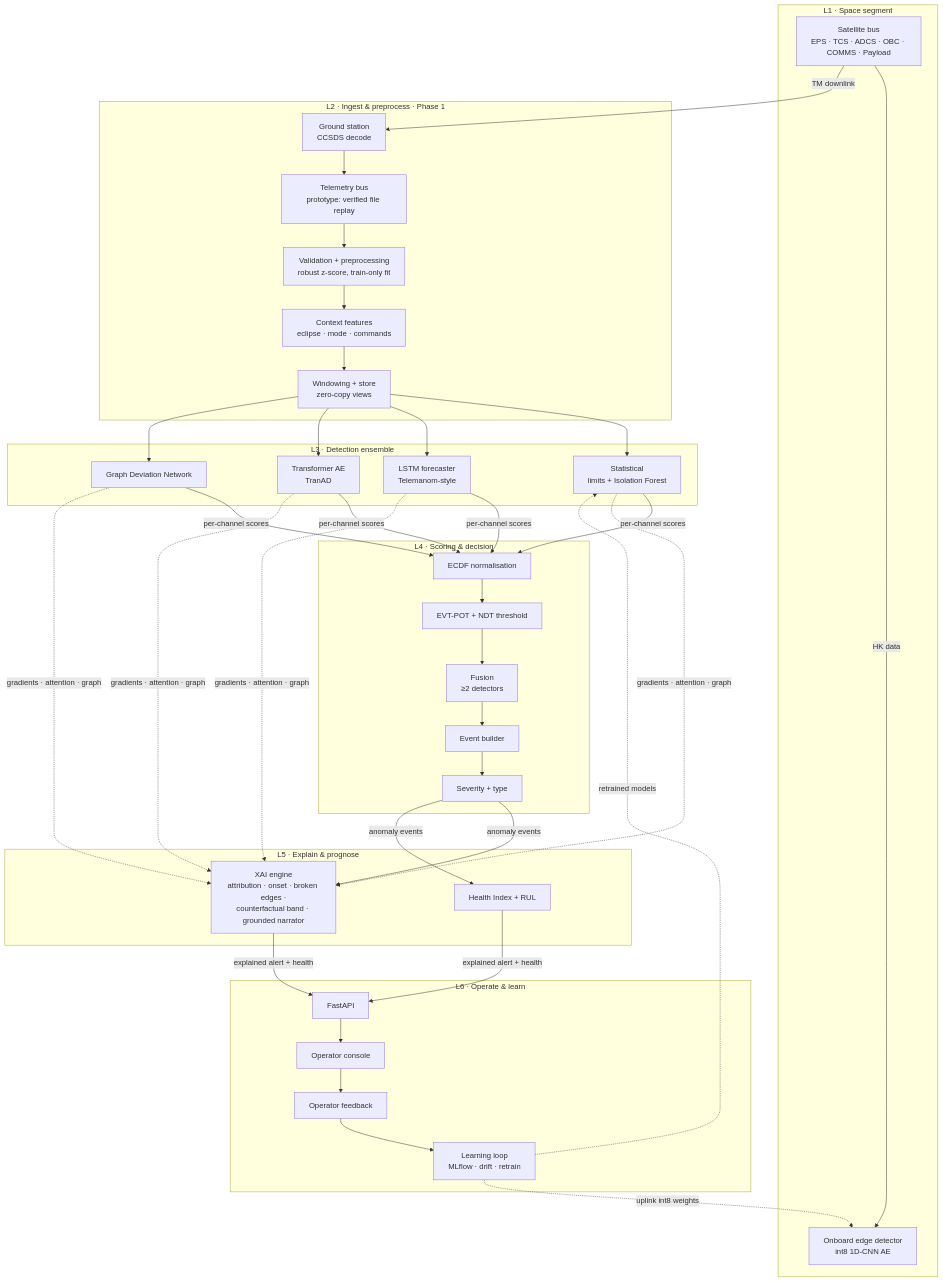
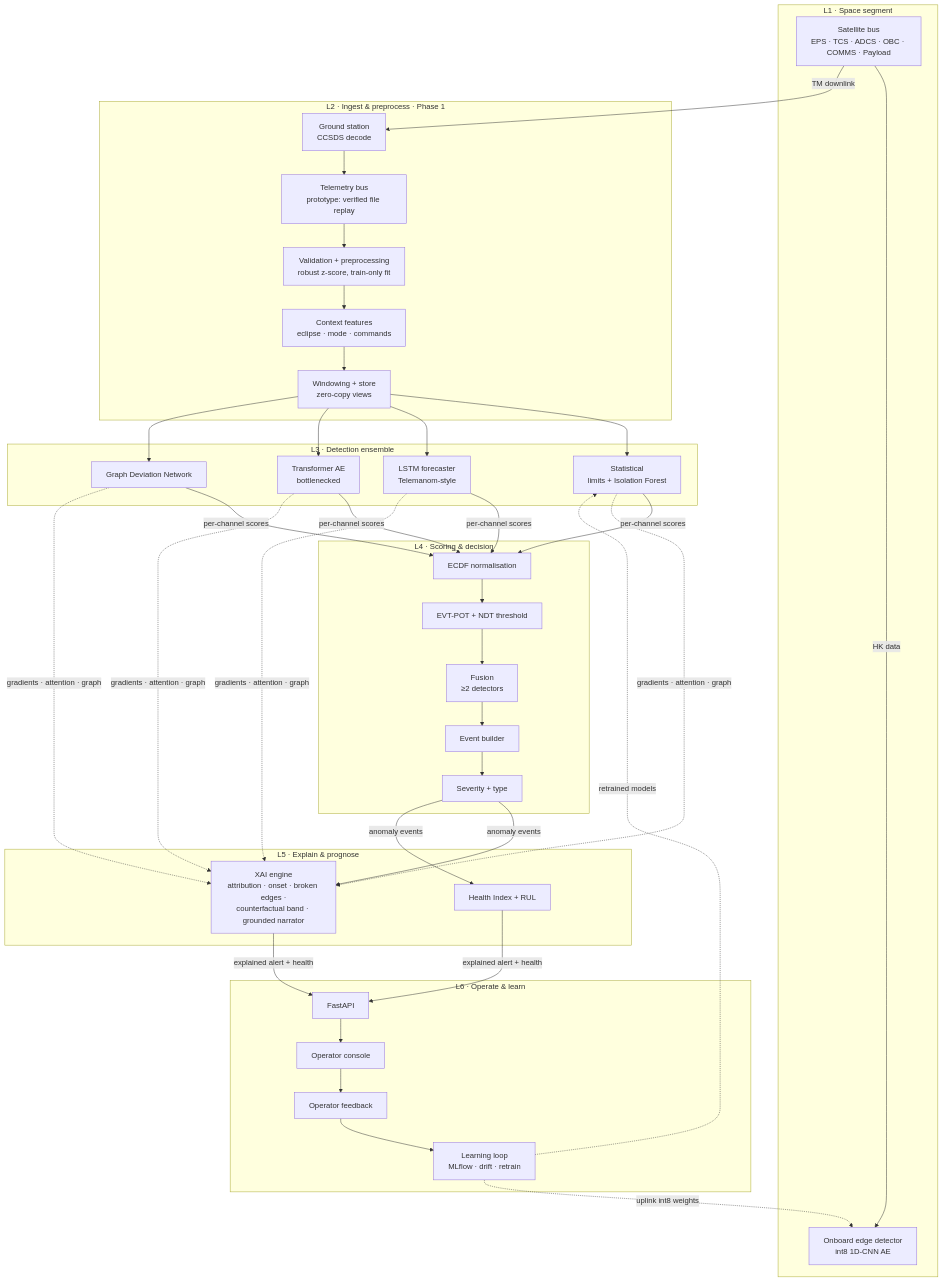
One commit to anurag-23werty/SatPred changed the diagram in docs/ARCHITECTURE.md. Above: the diagram before and after it, drawn with Mermaid. The commit also changed other lines of this file and 2 other files, not shown here.

Commit message:
docs: mark Phase 3 complete in README, roadmap and architecture

````diff
--- a/docs/ARCHITECTURE.md
+++ b/docs/ARCHITECTURE.md
@@ -8,36 +9,36 @@
 ```mermaid
 flowchart TB
     subgraph L1[L1 · Space segment]
         BUS[Satellite bus<br/>EPS · TCS · ADCS · OBC · COMMS · Payload] -->|HK data| EDGE[Onboard edge detector<br/>int8 1D-CNN AE]
     end
     subgraph L2[L2 · Ingest & preprocess · Phase 1]
         GS[Ground station<br/>CCSDS decode] --> BUSQ[Telemetry bus<br/>prototype: verified file replay]
         BUSQ --> PRE[Validation + preprocessing<br/>robust z-score, train-only fit]
         PRE --> CTX[Context features<br/>eclipse · mode · commands]
         CTX --> WIN[Windowing + store<br/>zero-copy views]
     end
     subgraph L3[L3 · Detection ensemble]
         M1[Statistical<br/>limits + Isolation Forest]
         M2[LSTM forecaster<br/>Telemanom-style]
-        M3[Transformer AE<br/>TranAD]
+        M3[Transformer AE<br/>bottlenecked]
         M4[Graph Deviation Network]
     end
     subgraph L4[L4 · Scoring & decision]
         NORM[ECDF normalisation] --> THR[EVT-POT + NDT threshold] --> FUSE[Fusion<br/>≥2 detectors] --> EVT[Event builder] --> SEV[Severity + type]
     end
     subgraph L5[L5 · Explain & prognose]
         XAI[XAI engine<br/>attribution · onset · broken edges ·<br/>counterfactual band · grounded narrator]
         HI[Health Index + RUL]
     end
     subgraph L6[L6 · Operate & learn]
         API[FastAPI] --> UI[Operator console] --> FB[Operator feedback] --> MLOPS[Learning loop<br/>MLflow · drift · retrain]
     end
     BUS -->|TM downlink| GS
     WIN --> M1 & M2 & M3 & M4
     M1 & M2 & M3 & M4 -->|per-channel scores| NORM
     M1 & M2 & M3 & M4 -. gradients · attention · graph .-> XAI
     SEV -->|anomaly events| XAI & HI
     XAI & HI -->|explained alert + health| API
     MLOPS -. retrained models .-> M1
     MLOPS -. uplink int8 weights .-> EDGE
 ```
````
